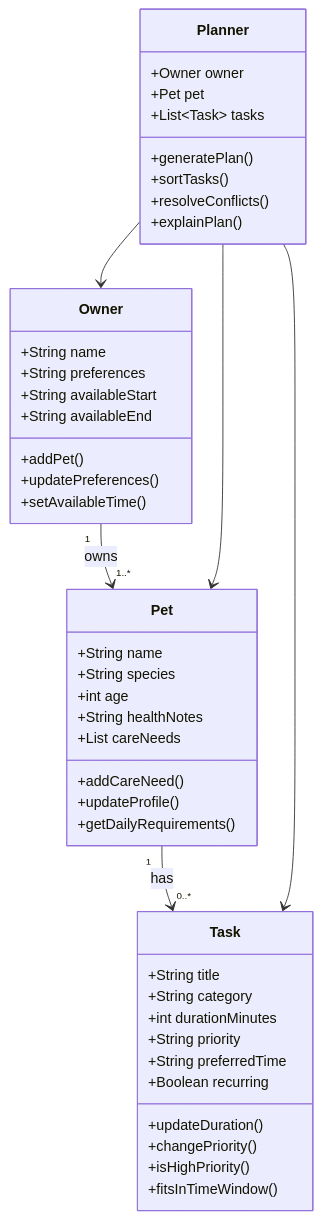
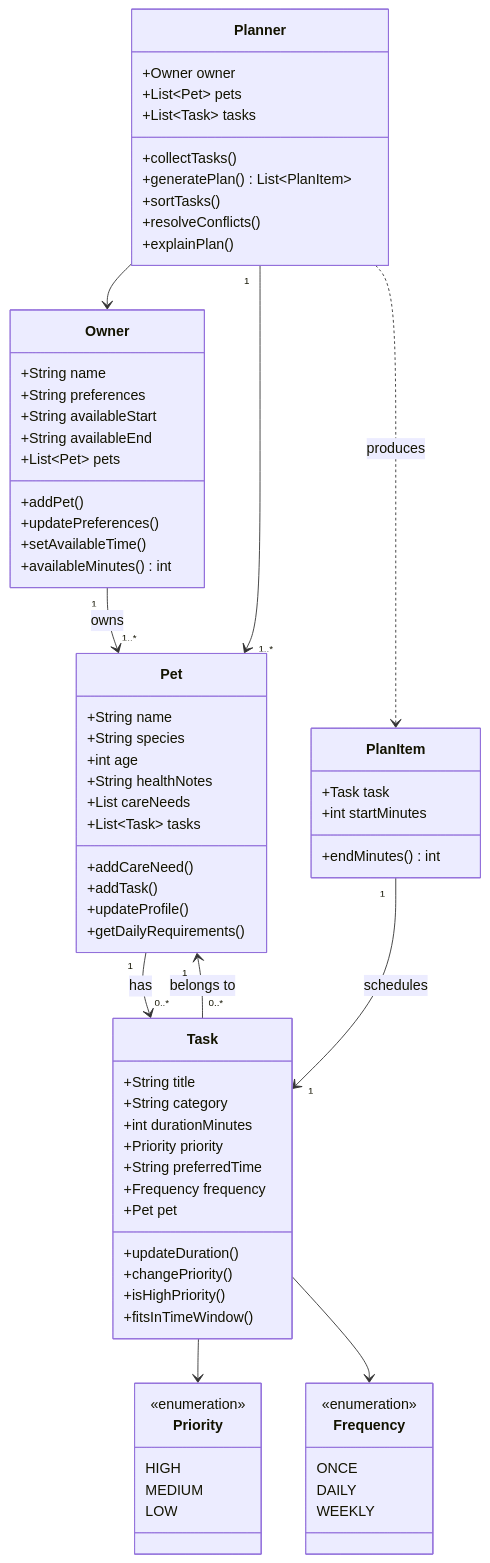
The diagram in diagrams/uml.mmd (amarachiosaji/pawpal-applied-ai-system), drawn with Mermaid before and after one commit. The commit also changed 4 other files, not shown here.

```diff
--- a/diagrams/uml.mmd
+++ b/diagrams/uml.mmd
@@ -1,50 +1,80 @@
 classDiagram
+    class Priority {
+        <<enumeration>>
+        HIGH
+        MEDIUM
+        LOW
+    }
+
+    class Frequency {
+        <<enumeration>>
+        ONCE
+        DAILY
+        WEEKLY
+    }
+
     class Owner {
         +String name
         +String preferences
         +String availableStart
         +String availableEnd
+        +List~Pet~ pets
         +addPet()
         +updatePreferences()
         +setAvailableTime()
+        +availableMinutes() int
     }
 
     class Pet {
         +String name
         +String species
         +int age
         +String healthNotes
         +List careNeeds
+        +List~Task~ tasks
         +addCareNeed()
+        +addTask()
         +updateProfile()
         +getDailyRequirements()
     }
 
     class Task {
         +String title
         +String category
         +int durationMinutes
-        +String priority
+        +Priority priority
         +String preferredTime
-        +Boolean recurring
+        +Frequency frequency
+        +Pet pet
         +updateDuration()
         +changePriority()
         +isHighPriority()
         +fitsInTimeWindow()
     }
 
+    class PlanItem {
+        +Task task
+        +int startMinutes
+        +endMinutes() int
+    }
+
     class Planner {
         +Owner owner
-        +Pet pet
+        +List~Pet~ pets
         +List~Task~ tasks
-        +generatePlan()
+        +collectTasks()
+        +generatePlan() List~PlanItem~
         +sortTasks()
         +resolveConflicts()
         +explainPlan()
     }
 
     Owner "1" --> "1..*" Pet : owns
     Pet "1" --> "0..*" Task : has
+    Task "0..*" --> "1" Pet : belongs to
+    Task --> Priority
+    Task --> Frequency
+    PlanItem "1" --> "1" Task : schedules
     Planner --> Owner
-    Planner --> Pet
-    Planner --> Task
+    Planner "1" --> "1..*" Pet
+    Planner ..> PlanItem : produces
```
